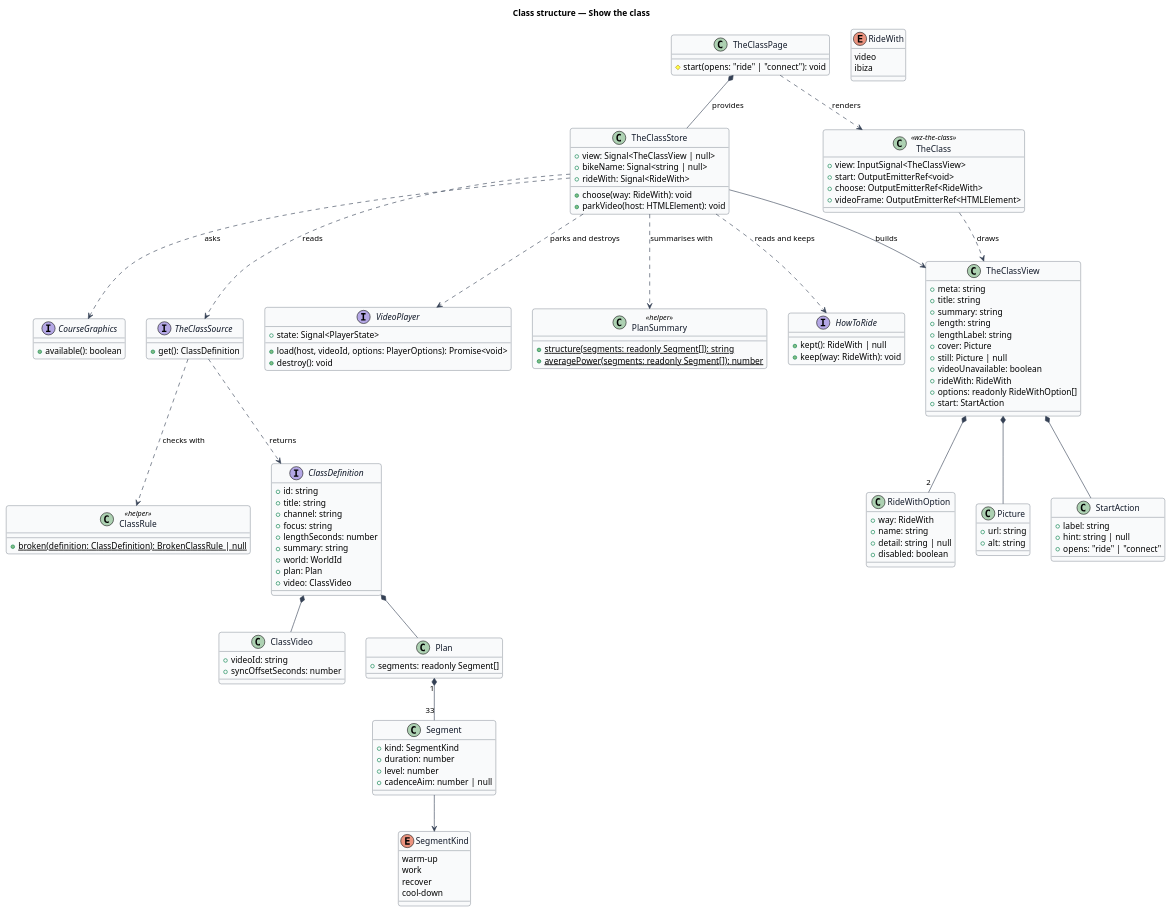
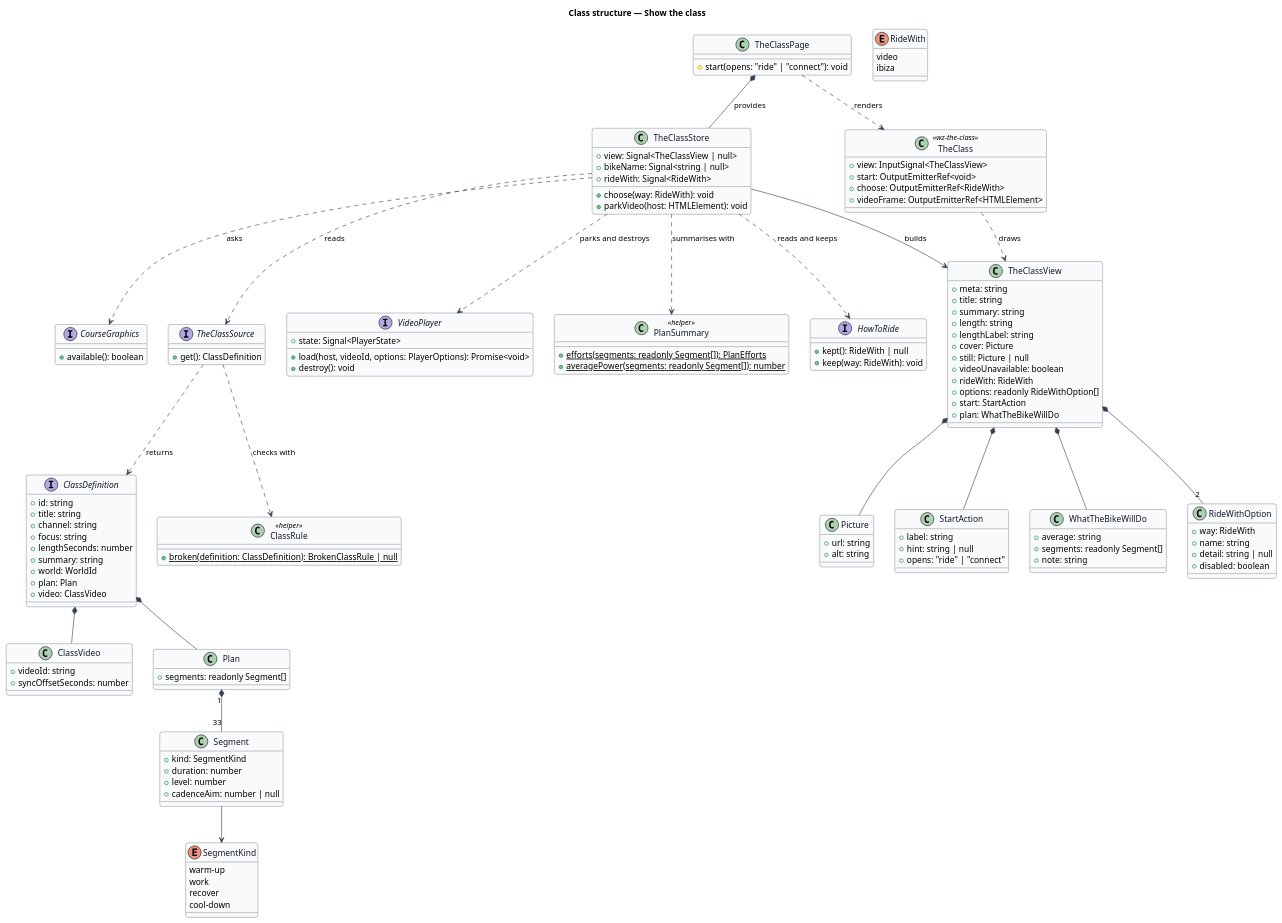
Before and after one commit to QuinntyneBrown/ride-one: the diagram in docs/detailed-designs/the-class/show-the-class/diagrams/class-structure.puml, drawn with PlantUML. The commit also changed 60 other files, not shown here.

```diff
--- a/docs/detailed-designs/the-class/show-the-class/diagrams/class-structure.puml
+++ b/docs/detailed-designs/the-class/show-the-class/diagrams/class-structure.puml
@@ -1,135 +1,142 @@
 @startuml
 ' --- shared skin header ---
 skinparam backgroundColor #FFFFFF
 skinparam shadowing false
 skinparam roundcorner 8
 skinparam defaultFontName Arial
 skinparam ArrowColor #344054
 skinparam class {
   BorderColor #344054
   FontColor #101828
   BackgroundColor #F9FAFB
 }
 ' --------------------------
 title Class structure — Show the class
 
 interface ClassDefinition {
   +id: string
   +title: string
   +channel: string
   +focus: string
   +lengthSeconds: number
   +summary: string
   +world: WorldId
   +plan: Plan
   +video: ClassVideo
 }
 class ClassVideo {
   +videoId: string
   +syncOffsetSeconds: number
 }
 class Plan {
   +segments: readonly Segment[]
 }
 class Segment {
   +kind: SegmentKind
   +duration: number
   +level: number
   +cadenceAim: number | null
 }
 enum SegmentKind {
   warm-up
   work
   recover
   cool-down
 }
 interface TheClassSource {
   +get(): ClassDefinition
 }
 class ClassRule <<helper>> {
   +{static} broken(definition: ClassDefinition): BrokenClassRule | null
 }
 class PlanSummary <<helper>> {
-  +{static} structure(segments: readonly Segment[]): string
+  +{static} efforts(segments: readonly Segment[]): PlanEfforts
   +{static} averagePower(segments: readonly Segment[]): number
 }
 class TheClassStore {
   +view: Signal<TheClassView | null>
   +bikeName: Signal<string | null>
   +rideWith: Signal<RideWith>
   +choose(way: RideWith): void
   +parkVideo(host: HTMLElement): void
 }
 interface HowToRide {
   +kept(): RideWith | null
   +keep(way: RideWith): void
 }
 interface CourseGraphics {
   +available(): boolean
 }
 enum RideWith {
   video
   ibiza
 }
 class TheClassView {
   +meta: string
   +title: string
   +summary: string
   +length: string
   +lengthLabel: string
   +cover: Picture
   +still: Picture | null
   +videoUnavailable: boolean
   +rideWith: RideWith
   +options: readonly RideWithOption[]
   +start: StartAction
+  +plan: WhatTheBikeWillDo
+}
+class WhatTheBikeWillDo {
+  +average: string
+  +segments: readonly Segment[]
+  +note: string
 }
 class RideWithOption {
   +way: RideWith
   +name: string
   +detail: string | null
   +disabled: boolean
 }
 class Picture {
   +url: string
   +alt: string
 }
 class StartAction {
   +label: string
   +hint: string | null
   +opens: "ride" | "connect"
 }
 class TheClass <<wz-the-class>> {
   +view: InputSignal<TheClassView>
   +start: OutputEmitterRef<void>
   +choose: OutputEmitterRef<RideWith>
   +videoFrame: OutputEmitterRef<HTMLElement>
 }
 class TheClassPage {
   #start(opens: "ride" | "connect"): void
 }
 interface VideoPlayer {
   +state: Signal<PlayerState>
   +load(host, videoId, options: PlayerOptions): Promise<void>
   +destroy(): void
 }
 
 TheClassSource ..> ClassDefinition : returns
 TheClassSource ..> ClassRule : checks with
 ClassDefinition *-- Plan
 ClassDefinition *-- ClassVideo
 Plan "1" *-- "33" Segment
 Segment --> SegmentKind
 TheClassStore ..> TheClassSource : reads
 TheClassStore ..> PlanSummary : summarises with
+TheClassView *-- WhatTheBikeWillDo
 TheClassStore --> TheClassView : builds
 TheClassStore ..> VideoPlayer : parks and destroys
 TheClassView *-- StartAction
 TheClassView *-- "2" RideWithOption
 TheClassView *-- Picture
 TheClassStore ..> HowToRide : reads and keeps
 TheClassStore ..> CourseGraphics : asks
 TheClassPage *-- TheClassStore : provides
 TheClassPage ..> TheClass : renders
 TheClass ..> TheClassView : draws
 @enduml
```
